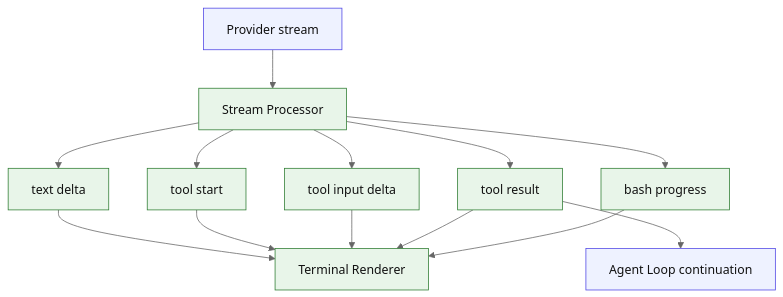
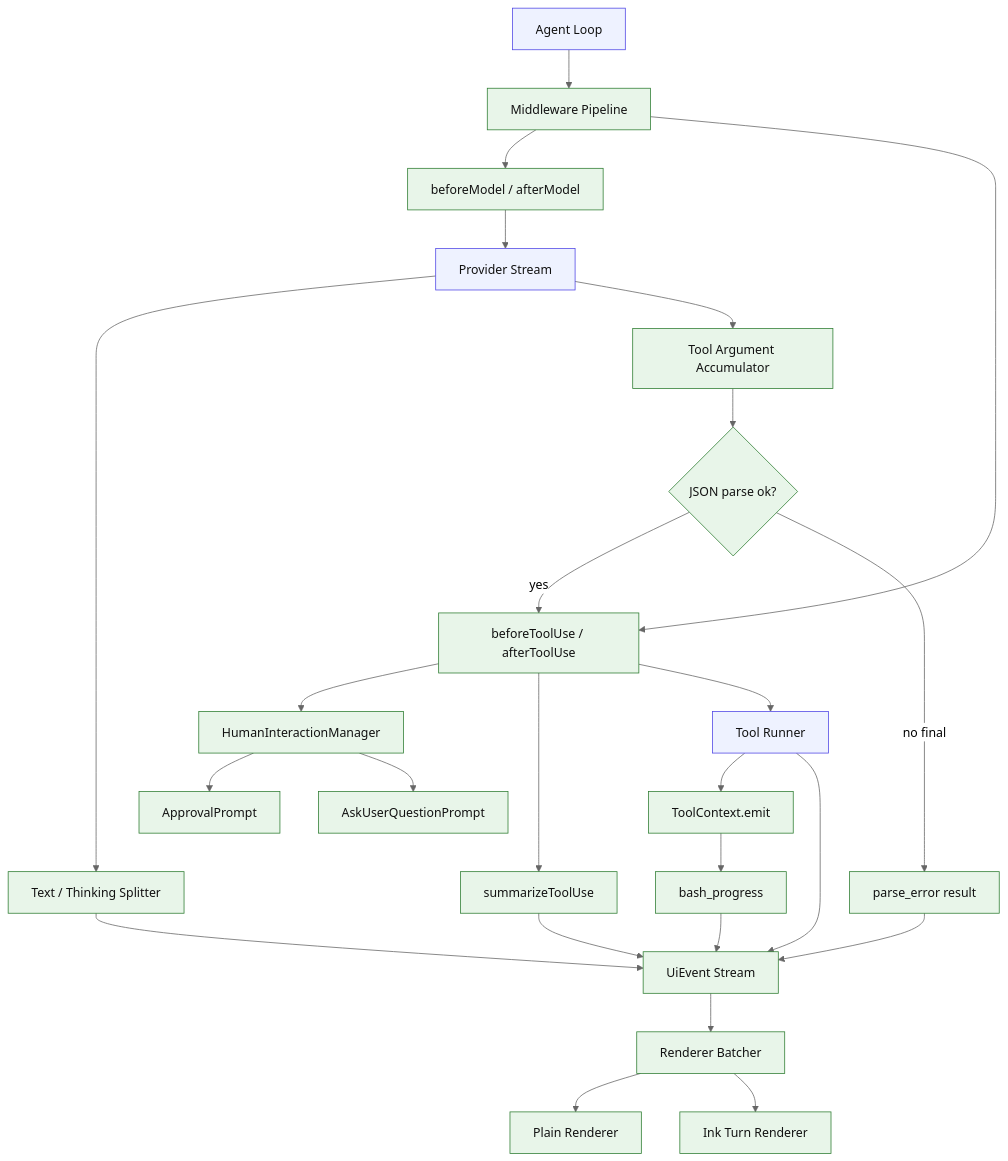
The diagram in code-agent-roadmap/architecture/diagrams/stage-03.md (1330482928/kai-code-agent), drawn with Mermaid (neutral theme) before and after one commit. The commit also changed 41 other files, not shown here.

Commit message:
docs(roadmap): refresh staged agent roadmap

````diff
--- a/code-agent-roadmap/architecture/diagrams/stage-03.md
+++ b/code-agent-roadmap/architecture/diagrams/stage-03.md
@@ -3,20 +3,32 @@
 ```mermaid
 flowchart TB
-  P["Provider stream"] --> SP["Stream Processor"]
-  SP --> Text["text delta"]
-  SP --> ToolStart["tool start"]
-  SP --> ToolDelta["tool input delta"]
-  SP --> ToolDone["tool result"]
-  SP --> BashProgress["bash progress"]
-  Text --> UI["Terminal Renderer"]
-  ToolStart --> UI
-  ToolDelta --> UI
-  ToolDone --> UI
-  BashProgress --> UI
-  ToolDone --> L["Agent Loop continuation"]
+  Loop["Agent Loop"] --> MW["Middleware Pipeline"]
+  MW --> ModelHooks["beforeModel / afterModel"]
+  MW --> ToolHooks["beforeToolUse / afterToolUse"]
+  ModelHooks --> Provider["Provider Stream"]
+  Provider --> Split["Text / Thinking Splitter"]
+  Provider --> Acc["Tool Argument Accumulator"]
+  Acc --> Gate{"JSON parse ok?"}
+  Gate -->|yes| ToolHooks
+  Gate -->|no final| ParseErr["parse_error result"]
+  ToolHooks --> Manager["HumanInteractionManager"]
+  Manager --> Approval["ApprovalPrompt"]
+  Manager --> Question["AskUserQuestionPrompt"]
+  ToolHooks --> Summary["summarizeToolUse"]
+  ToolHooks --> Tool["Tool Runner"]
+  Tool --> Emit["ToolContext.emit"]
+  Emit --> BashProgress["bash_progress"]
+  Split --> Events["UiEvent Stream"]
+  Summary --> Events
+  ParseErr --> Events
+  Tool --> Events
+  BashProgress --> Events
+  Events --> Batcher["Renderer Batcher"]
+  Batcher --> Plain["Plain Renderer"]
+  Batcher --> Ink["Ink Turn Renderer"]
 
   classDef existing fill:#eef2ff,stroke:#4f46e5,color:#111;
   classDef new fill:#e8f5e9,stroke:#2e7d32,color:#111;
-  class P,L existing;
-  class SP,Text,ToolStart,ToolDelta,ToolDone,BashProgress,UI new;
+  class Loop,Tool,Provider existing;
+  class MW,ModelHooks,Split,Acc,Gate,ParseErr,ToolHooks,Manager,Approval,Question,Summary,Emit,BashProgress,Events,Batcher,Plain,Ink new;
 ```
````
